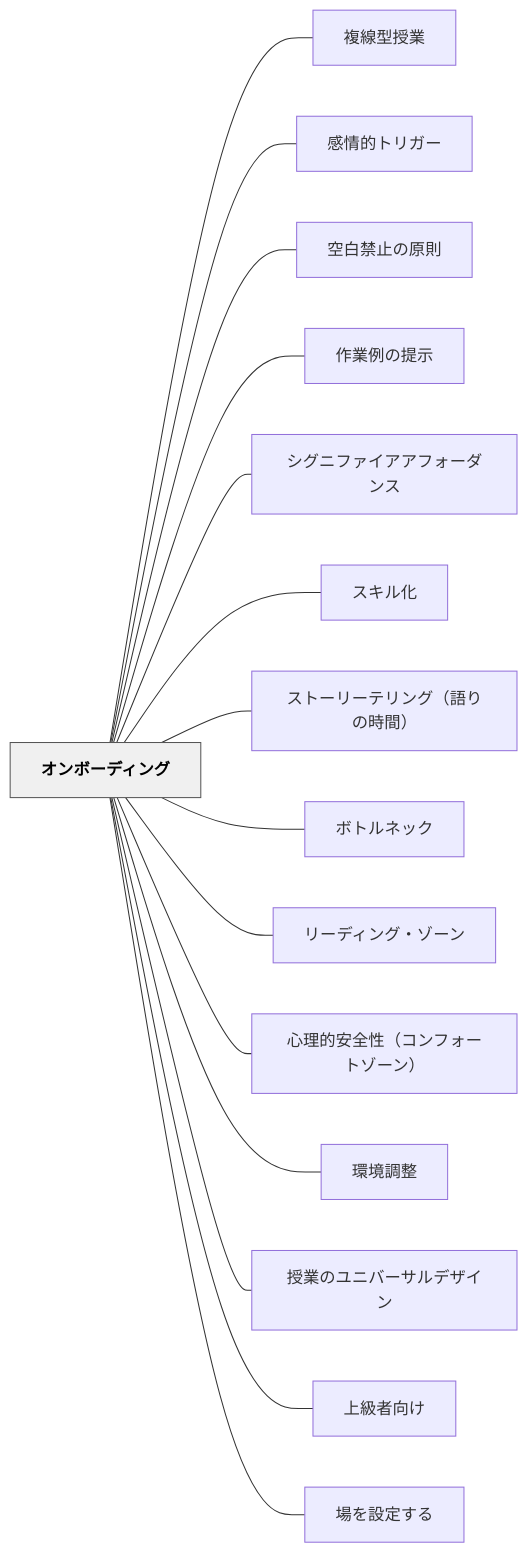
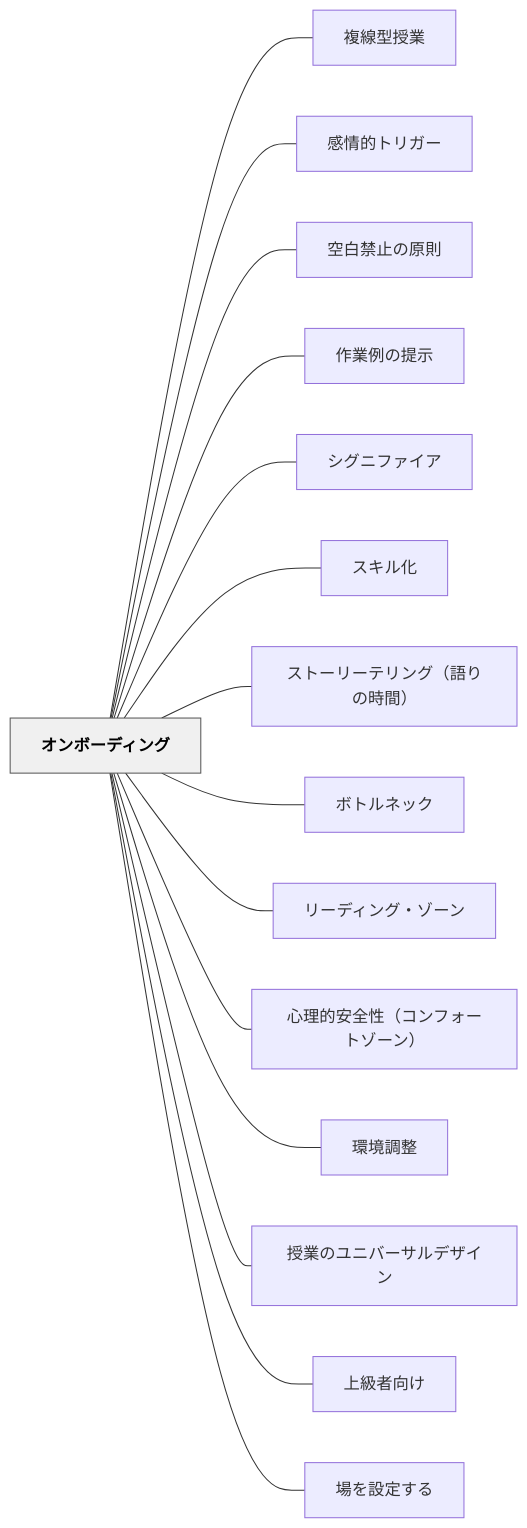
The diagram in content/パタン/オンボーディング.md (unknownthings-ed-patterns/unknownthings-ed-patterns), drawn with Mermaid before and after one commit. The commit also changed other lines of this file and 34 other files, not shown here.

````diff
--- a/content/パタン/オンボーディング.md
+++ b/content/パタン/オンボーディング.md
@@ -164,36 +164,36 @@
 ```mermaid
 flowchart LR
     ne382aae383b3e3839ce383bce38387e382a3e383b3e382b0["オンボーディング"]
     ne8a487e7b79ae59e8be68e88e6a5ad["複線型授業"]
     ne6849fe68385e79a84e38388e383aae382ace383bc["感情的トリガー"]
     ne7a9bae799bde7a681e6ada2e381aee58e9fe58987["空白禁止の原則"]
     ne4bd9ce6a5ade4be8be381aee68f90e7a4ba["作業例の提示"]
-    ne382b7e382b0e3838be38395e382a1e382a4e382a2e382a2e38395e382a9e383bce38380e383b3e382b9["シグニファイアアフォーダンス"]
+    ne382b7e382b0e3838be38395e382a1e382a4e382a2["シグニファイア"]
     ne382b9e382ade383abe58c96["スキル化"]
     ne382b9e38388e383bce383aae383bce38386e383aae383b3e382b0efbc88e8aa9ee3828ae381aee69982e99693efbc89["ストーリーテリング（語りの時間）"]
     ne3839ce38388e383abe3838de38383e382af["ボトルネック"]
     ne383aae383bce38387e382a3e383b3e382b0e383bbe382bee383bce383b3["リーディング・ゾーン"]
     ne5bf83e79086e79a84e5ae89e585a8e680a7efbc88e382b3e383b3e38395e382a9e383bce38388e382bee383bce383b3efbc89["心理的安全性（コンフォートゾーン）"]
     ne792b0e5a283e8aabfe695b4["環境調整"]
     ne68e88e6a5ade381aee383a6e3838be38390e383bce382b5e383abe38387e382b6e382a4e383b3["授業のユニバーサルデザイン"]
     ne4b88ae7b49ae88085e59091e38191["上級者向け"]
     ne5a0b4e38292e8a8ade5ae9ae38199e3828b["場を設定する"]
 
     ne382aae383b3e3839ce383bce38387e382a3e383b3e382b0 --- ne8a487e7b79ae59e8be68e88e6a5ad
     ne382aae383b3e3839ce383bce38387e382a3e383b3e382b0 --- ne6849fe68385e79a84e38388e383aae382ace383bc
     ne382aae383b3e3839ce383bce38387e382a3e383b3e382b0 --- ne7a9bae799bde7a681e6ada2e381aee58e9fe58987
     ne382aae383b3e3839ce383bce38387e382a3e383b3e382b0 --- ne4bd9ce6a5ade4be8be381aee68f90e7a4ba
-    ne382aae383b3e3839ce383bce38387e382a3e383b3e382b0 --- ne382b7e382b0e3838be38395e382a1e382a4e382a2e382a2e38395e382a9e383bce38380e383b3e382b9
+    ne382aae383b3e3839ce383bce38387e382a3e383b3e382b0 --- ne382b7e382b0e3838be38395e382a1e382a4e382a2
     ne382aae383b3e3839ce383bce38387e382a3e383b3e382b0 --- ne382b9e382ade383abe58c96
     ne382aae383b3e3839ce383bce38387e382a3e383b3e382b0 --- ne382b9e38388e383bce383aae383bce38386e383aae383b3e382b0efbc88e8aa9ee3828ae381aee69982e99693efbc89
     ne382aae383b3e3839ce383bce38387e382a3e383b3e382b0 --- ne3839ce38388e383abe3838de38383e382af
     ne382aae383b3e3839ce383bce38387e382a3e383b3e382b0 --- ne383aae383bce38387e382a3e383b3e382b0e383bbe382bee383bce383b3
     ne382aae383b3e3839ce383bce38387e382a3e383b3e382b0 --- ne5bf83e79086e79a84e5ae89e585a8e680a7efbc88e382b3e383b3e38395e382a9e383bce38388e382bee383bce383b3efbc89
     ne382aae383b3e3839ce383bce38387e382a3e383b3e382b0 --- ne792b0e5a283e8aabfe695b4
     ne382aae383b3e3839ce383bce38387e382a3e383b3e382b0 --- ne68e88e6a5ade381aee383a6e3838be38390e383bce382b5e383abe38387e382b6e382a4e383b3
     ne382aae383b3e3839ce383bce38387e382a3e383b3e382b0 --- ne4b88ae7b49ae88085e59091e38191
     ne382aae383b3e3839ce383bce38387e382a3e383b3e382b0 --- ne5a0b4e38292e8a8ade5ae9ae38199e3828b
 
     classDef hub fill:#f0f0f0,stroke:#555,color:#000,font-weight:bold
     class ne382aae383b3e3839ce383bce38387e382a3e383b3e382b0 hub
 ```
````
